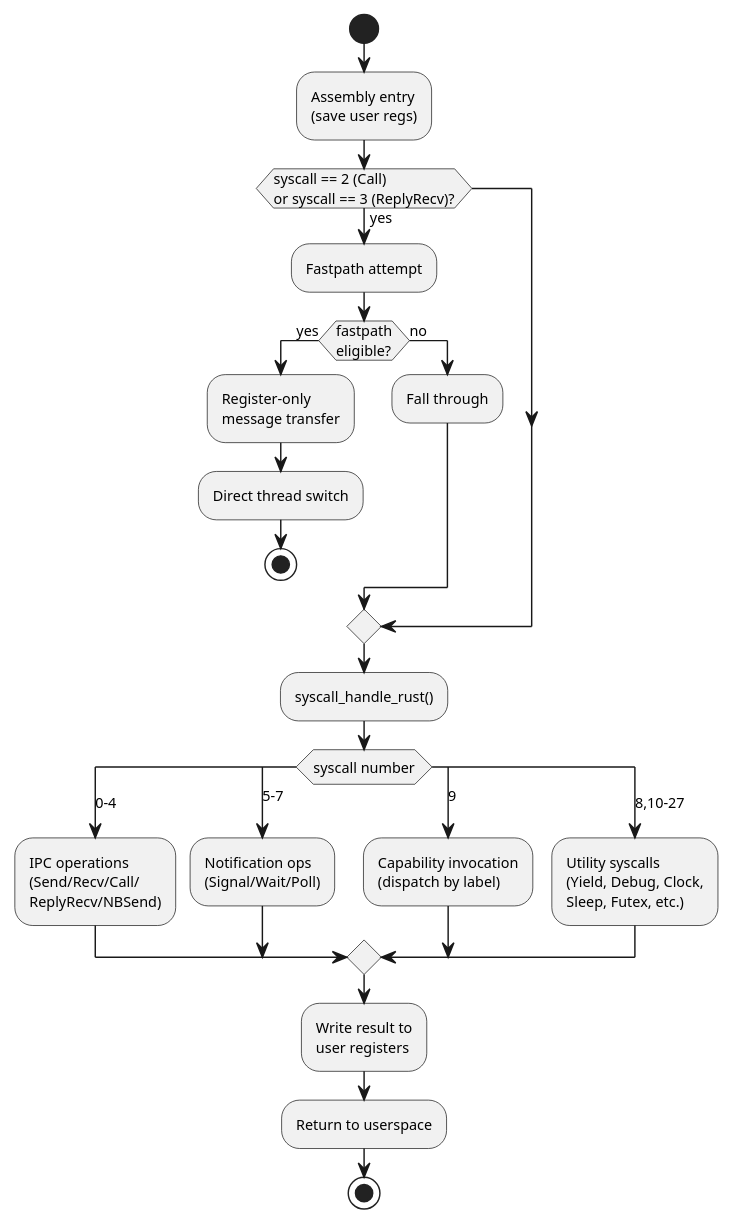
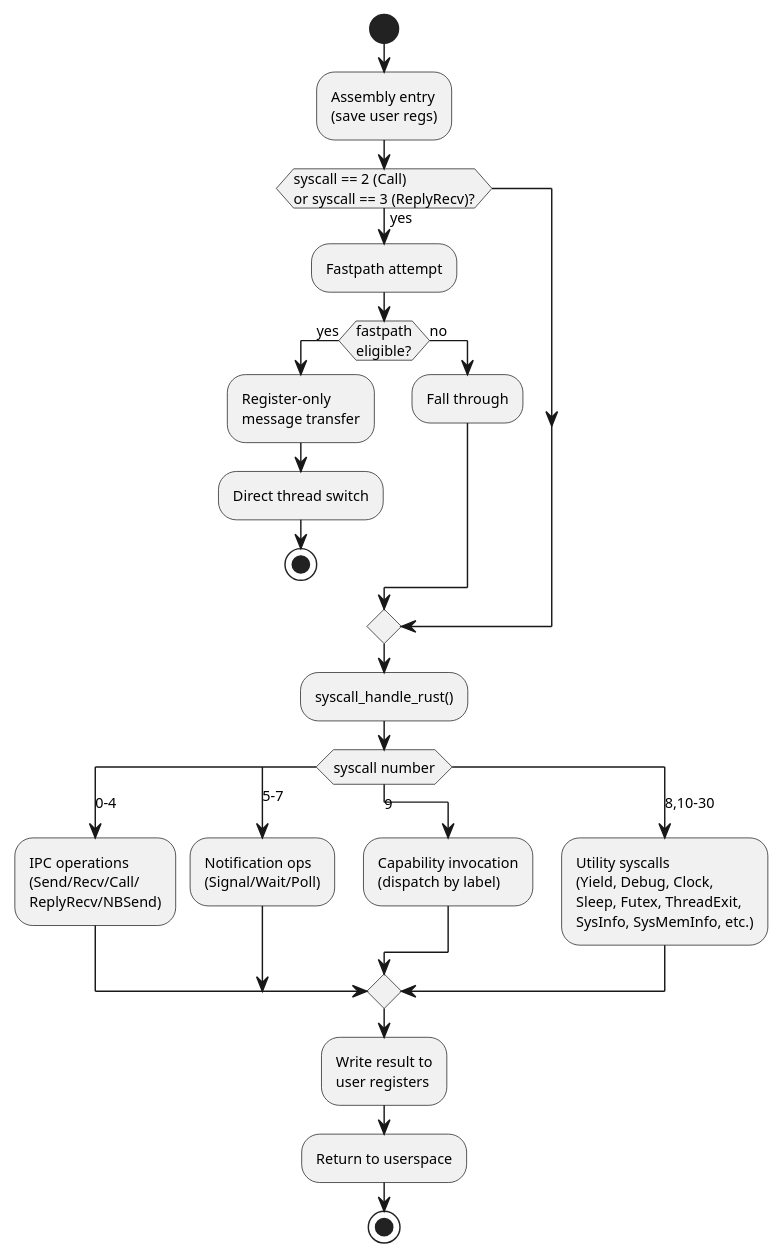
Before and after one commit to SaltyOS/docs: the diagram in components/kernite/modules/ROOT/pages/syscalls/syscall-reference.adoc, drawn with PlantUML. The commit also changed other lines of this file and 19 other files, not shown here.

```diff
--- a/components/kernite/modules/ROOT/pages/syscalls/syscall-reference.adoc
+++ b/components/kernite/modules/ROOT/pages/syscalls/syscall-reference.adoc
@@ -94,33 +98,33 @@
 [plantuml]
 ....
 @startuml
 skinparam defaultFontSize 10
 
 start
 :Assembly entry\n(save user regs);
 if (syscall == 2 (Call)\nor syscall == 3 (ReplyRecv)?) then (yes)
   :Fastpath attempt;
   if (fastpath\neligible?) then (yes)
     :Register-only\nmessage transfer;
     :Direct thread switch;
     stop
   else (no)
     :Fall through;
   endif
 endif
 :syscall_handle_rust();
 switch (syscall number)
 case (0-4)
   :IPC operations\n(Send/Recv/Call/\nReplyRecv/NBSend);
 case (5-7)
   :Notification ops\n(Signal/Wait/Poll);
 case (9)
   :Capability invocation\n(dispatch by label);
-case (8,10-27)
-  :Utility syscalls\n(Yield, Debug, Clock,\nSleep, Futex, etc.);
+case (8,10-30)
+  :Utility syscalls\n(Yield, Debug, Clock,\nSleep, Futex, ThreadExit,\nSysInfo, SysMemInfo, etc.);
 endswitch
 :Write result to\nuser registers;
 :Return to userspace;
 stop
 @enduml
 ....
```
